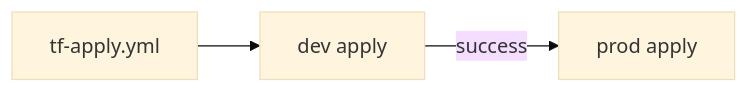
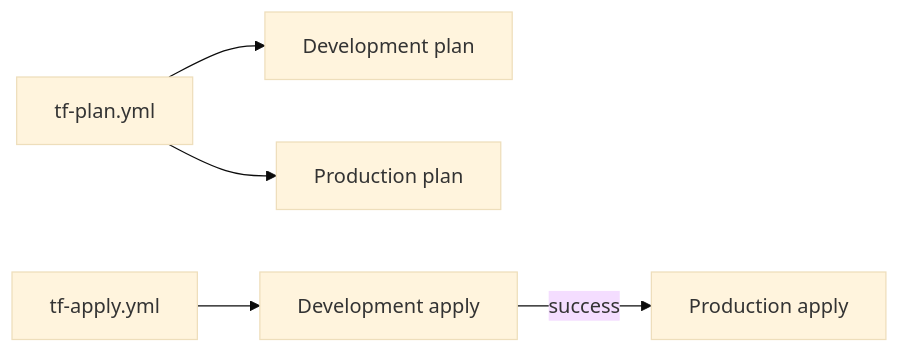
The second of 3 diagrams in README.md (afira312/dtap-automation), drawn with Mermaid (base theme) before and after one commit. The commit also changed other lines of this file and 7 other files, not shown here.

````diff
--- a/README.md
+++ b/README.md
@@ -83,5 +123,7 @@
 ```mermaid
 flowchart LR
-    TF[tf-apply.yml] --> DEV[dev apply]
-    DEV -->|success| PROD[prod apply]
+    PLAN[tf-plan.yml] --> PLANDEV[Development plan]
+    PLAN --> PLANPROD[Production plan]
+    APPLY[tf-apply.yml] --> APPLYDEV[Development apply]
+    APPLYDEV -->|success| APPLYPROD[Production apply]
 ```
````
